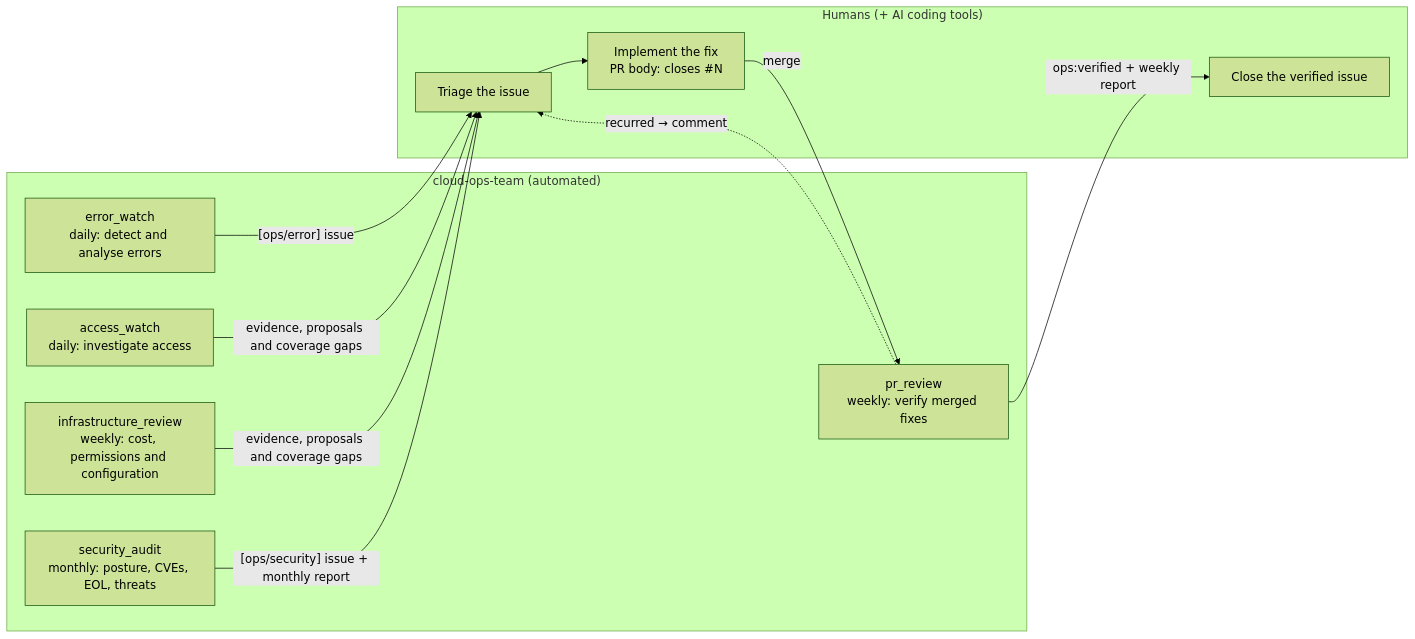
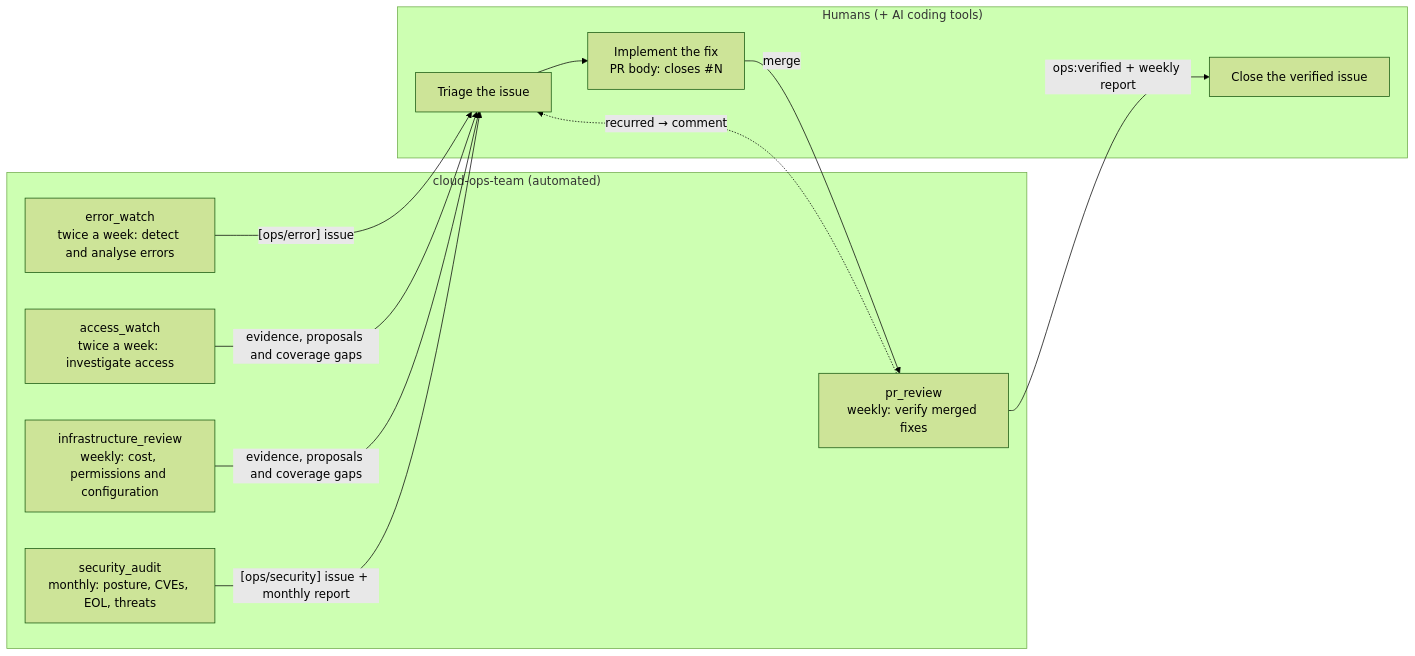
The first of 4 diagrams in docs/en/architecture.md (atsuki-sakai/cloud-ops-team), drawn with Mermaid (forest theme) before and after one commit. The commit also changed other lines of this file and 31 other files, not shown here.

````diff
--- a/docs/en/architecture.md
+++ b/docs/en/architecture.md
@@ -17,22 +17,22 @@
 ```mermaid
 flowchart LR
     subgraph Agents["cloud-ops-team (automated)"]
-        EW["error_watch<br/>daily: detect and analyse errors"]
-        AW["access_watch<br/>daily: investigate access"]
+        EW["error_watch<br/>twice a week: detect and analyse errors"]
+        AW["access_watch<br/>twice a week: investigate access"]
         IR["infrastructure_review<br/>weekly: cost, permissions and configuration"]
         SA["security_audit<br/>monthly: posture, CVEs, EOL, threats"]
         PR["pr_review<br/>weekly: verify merged fixes"]
     end
     subgraph Humans["Humans (+ AI coding tools)"]
         H1["Triage the issue"]
         H2["Implement the fix<br/>PR body: closes #N"]
         H3["Close the verified issue"]
     end
     EW -- "[ops/error] issue" --> H1
     AW & IR -- "evidence, proposals and coverage gaps" --> H1
     SA -- "[ops/security] issue + monthly report" --> H1
     H1 --> H2
     H2 -- "merge" --> PR
     PR -- "ops:verified + weekly report" --> H3
     PR -. "recurred → comment" .-> H1
 ```
````
